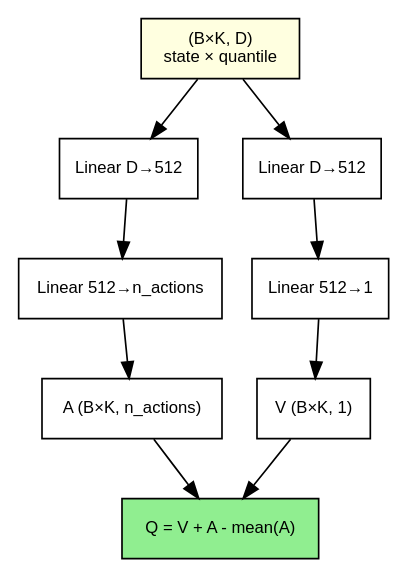
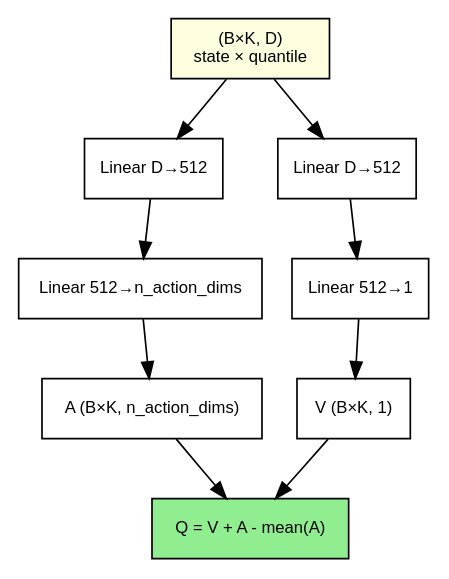
Before and after one commit to ArtyomZemlyak/rulka: the fifth of 5 diagrams in docs/source/experiments/models/iqn_architecture.rst, drawn with Graphviz. The commit also changed other lines of this file and 34 other files, not shown here.

```diff
--- a/docs/source/experiments/models/iqn_architecture.rst
+++ b/docs/source/experiments/models/iqn_architecture.rst
@@ -220,18 +219,18 @@
 .. graphviz::
 
    digraph dueling_detail {
       rankdir=TB;
       node [shape=box, fontname="Helvetica", fontsize=10];
       in [label="(B×K, D)\nstate × quantile", fillcolor=lightyellow, style="filled"];
       a1 [label="Linear D→512"];
-      a2 [label="Linear 512→n_actions"];
+      a2 [label="Linear 512→n_action_dims"];
       v1 [label="Linear D→512"];
       v2 [label="Linear 512→1"];
-      A [label="A (B×K, n_actions)"];
+      A [label="A (B×K, n_action_dims)"];
       V [label="V (B×K, 1)"];
       Q [label="Q = V + A - mean(A)", fillcolor=lightgreen, style="filled"];
       in -> a1 -> a2 -> A;
       in -> v1 -> v2 -> V;
       A -> Q;
       V -> Q;
    }
```
